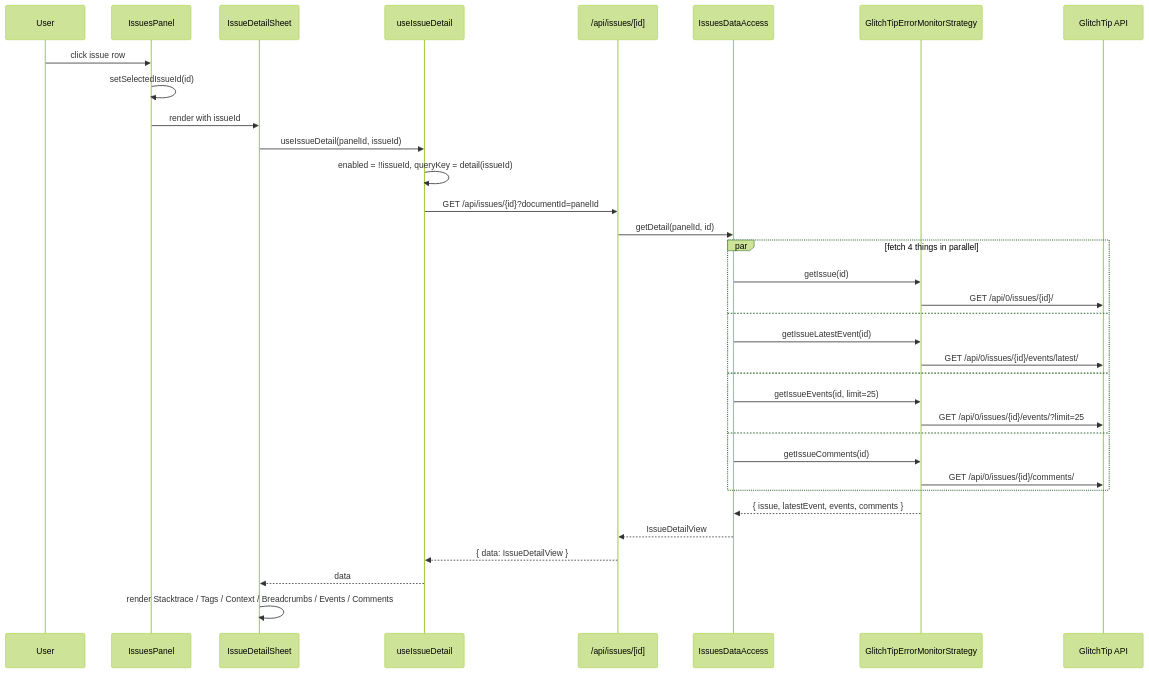
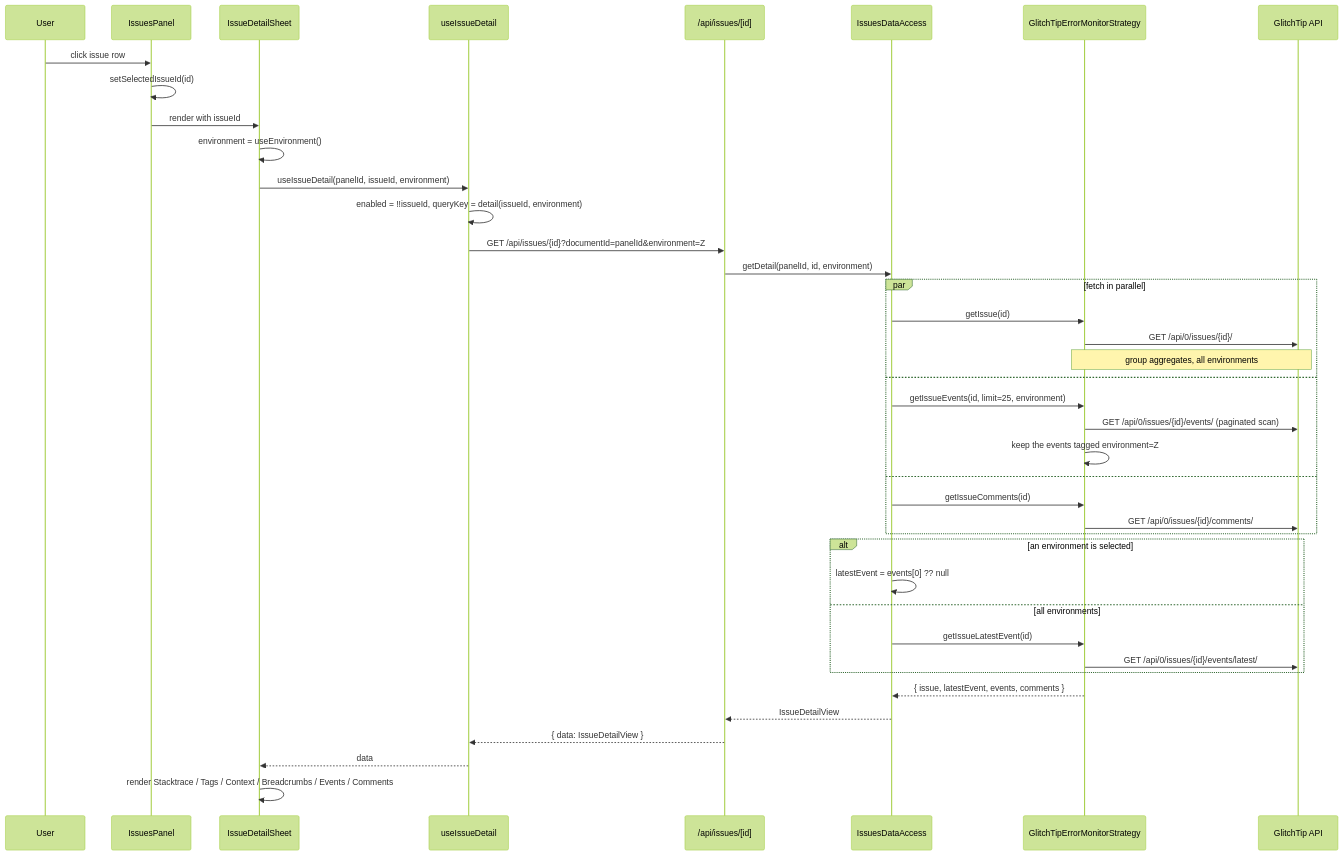
One commit to webteamuxco/dashboard-monitor changed the ninth of 11 diagrams in apps/docs-site/docs/data-flow.md. Above: the diagram before and after it, drawn with Mermaid (forest theme). The commit also changed other lines of this file and 42 other files, not shown here.

````diff
--- a/apps/docs-site/docs/data-flow.md
+++ b/apps/docs-site/docs/data-flow.md
@@ -286,39 +289,46 @@
 ```mermaid
 sequenceDiagram
     participant User
     participant Panel as IssuesPanel
     participant Sheet as IssueDetailSheet
     participant Hook as useIssueDetail
     participant Route as /api/issues/[id]
     participant DA as IssuesDataAccess
     participant Mon as GlitchTipErrorMonitorStrategy
     participant Ext as GlitchTip API
 
     User->>Panel: click issue row
     Panel->>Panel: setSelectedIssueId(id)
     Panel->>Sheet: render with issueId
-    Sheet->>Hook: useIssueDetail(panelId, issueId)
-    Hook->>Hook: enabled = !!issueId, queryKey = detail(issueId)
-    Hook->>Route: GET /api/issues/{id}?documentId=panelId
-    Route->>DA: getDetail(panelId, id)
+    Sheet->>Sheet: environment = useEnvironment()
+    Sheet->>Hook: useIssueDetail(panelId, issueId, environment)
+    Hook->>Hook: enabled = !!issueId, queryKey = detail(issueId, environment)
+    Hook->>Route: GET /api/issues/{id}?documentId=panelId&environment=Z
+    Route->>DA: getDetail(panelId, id, environment)
 
-    par fetch 4 things in parallel
+    par fetch in parallel
         DA->>Mon: getIssue(id)
         Mon->>Ext: GET /api/0/issues/{id}/
+        Note over Mon,Ext: group aggregates, all environments
     and
-        DA->>Mon: getIssueLatestEvent(id)
-        Mon->>Ext: GET /api/0/issues/{id}/events/latest/
-    and
-        DA->>Mon: getIssueEvents(id, limit=25)
-        Mon->>Ext: GET /api/0/issues/{id}/events/?limit=25
+        DA->>Mon: getIssueEvents(id, limit=25, environment)
+        Mon->>Ext: GET /api/0/issues/{id}/events/ (paginated scan)
+        Mon->>Mon: keep the events tagged environment=Z
     and
         DA->>Mon: getIssueComments(id)
         Mon->>Ext: GET /api/0/issues/{id}/comments/
+    end
+
+    alt an environment is selected
+        DA->>DA: latestEvent = events[0] ?? null
+    else all environments
+        DA->>Mon: getIssueLatestEvent(id)
+        Mon->>Ext: GET /api/0/issues/{id}/events/latest/
     end
 
     Mon-->>DA: { issue, latestEvent, events, comments }
     DA-->>Route: IssueDetailView
     Route-->>Hook: { data: IssueDetailView }
     Hook-->>Sheet: data
     Sheet->>Sheet: render Stacktrace / Tags / Context / Breadcrumbs / Events / Comments
 ```
````
